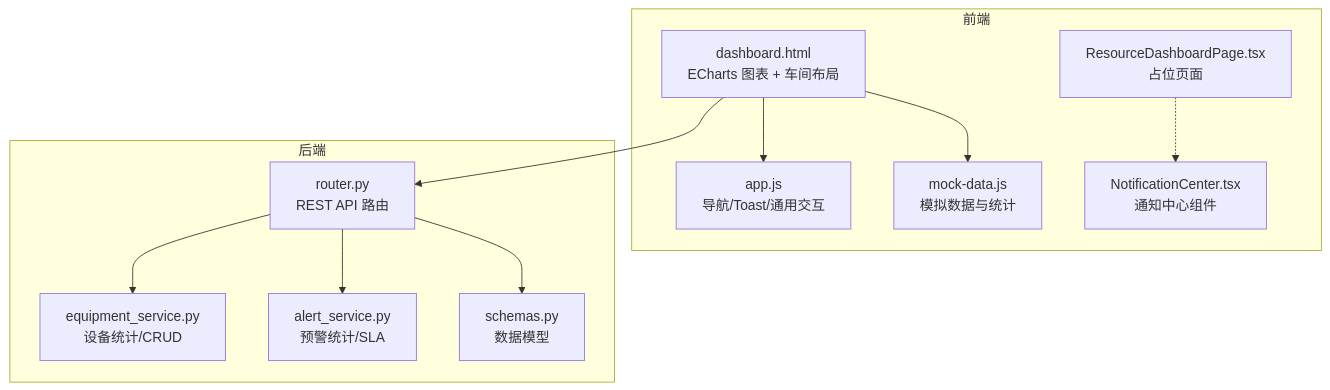
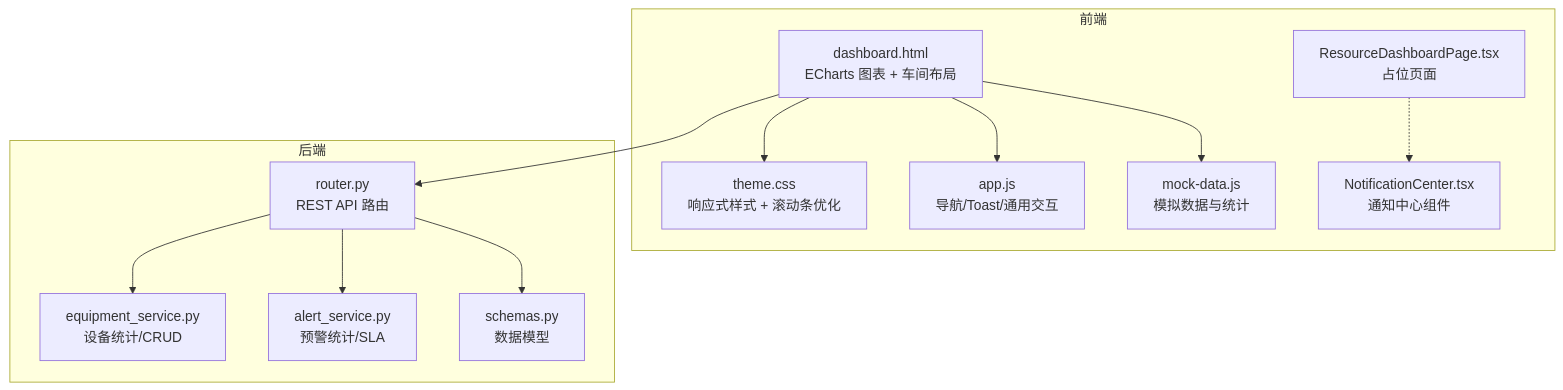
Before and after one commit to JiaStan/shizhi_system_df: the first of 7 diagrams in .qoder/repowiki/zh/content/前端界面/功能模块界面/综合驾驶舱.md, drawn with Mermaid. The commit also changed other lines of this file and 13 other files, not shown here.

````diff
--- a/.qoder/repowiki/zh/content/前端界面/功能模块界面/综合驾驶舱.md
+++ b/.qoder/repowiki/zh/content/前端界面/功能模块界面/综合驾驶舱.md
@@ -37,23 +47,25 @@
 ```mermaid
 graph TB
 subgraph "前端"
 D["dashboard.html<br/>ECharts 图表 + 车间布局"]
+T["theme.css<br/>响应式样式 + 滚动条优化"]
 A["app.js<br/>导航/Toast/通用交互"]
 M["mock-data.js<br/>模拟数据与统计"]
 RDP["ResourceDashboardPage.tsx<br/>占位页面"]
 NC["NotificationCenter.tsx<br/>通知中心组件"]
 end
 subgraph "后端"
 RT["router.py<br/>REST API 路由"]
 ES["equipment_service.py<br/>设备统计/CRUD"]
 AS["alert_service.py<br/>预警统计/SLA"]
 SC["schemas.py<br/>数据模型"]
 end
+D --> T
 D --> M
 D --> A
 D --> RT
 RT --> ES
 RT --> AS
 RT --> SC
 RDP -.-> NC
 ```
````
